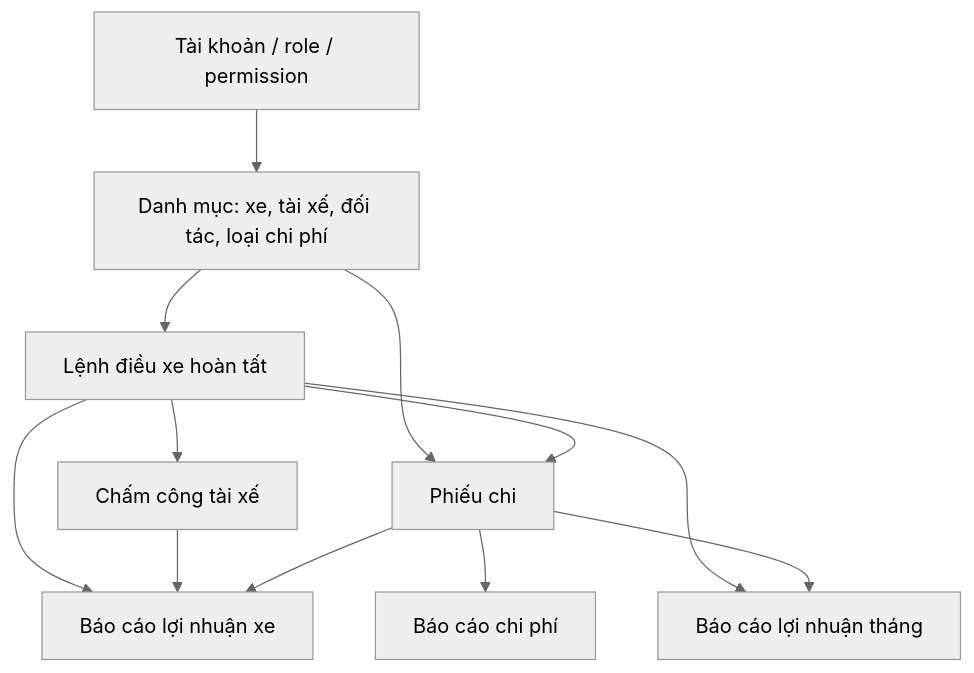
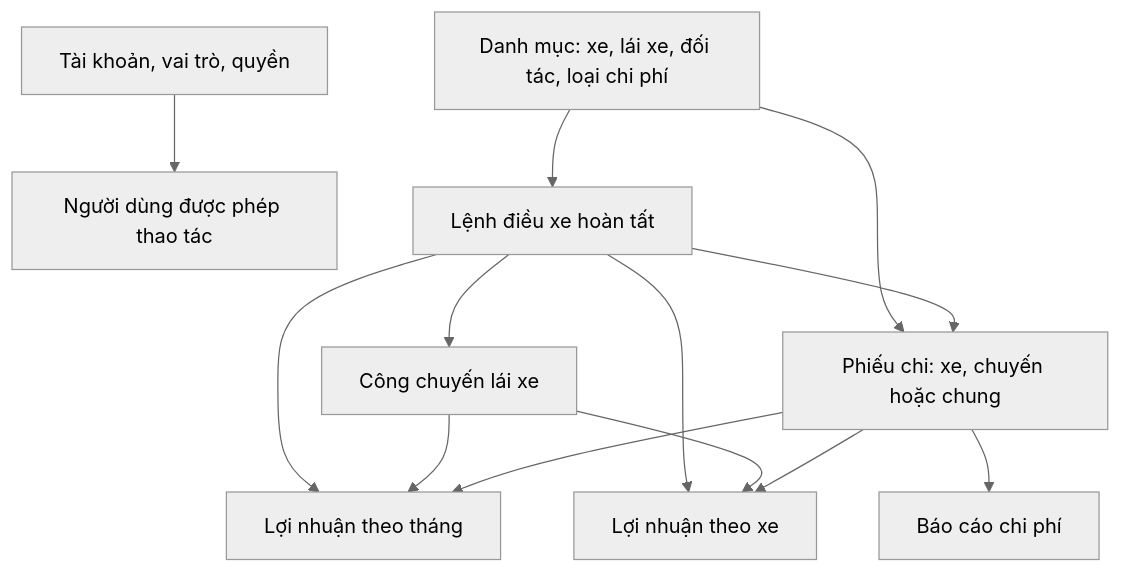
The first of 8 diagrams in docs/training/nguyen-nhat-quang-so-tay-tu-hoc.md (hieu92264/HALINHTRAVEL-API), drawn with Mermaid (neutral theme) before and after one commit. The commit also changed other lines of this file and 2 other files, not shown here.

````diff
--- a/docs/training/nguyen-nhat-quang-so-tay-tu-hoc.md
+++ b/docs/training/nguyen-nhat-quang-so-tay-tu-hoc.md
@@ -222,14 +28,15 @@
 ```mermaid
 flowchart TD
-    A[Tài khoản / role / permission] --> B[Danh mục: xe, tài xế, đối tác, loại chi phí]
-    B --> C[Lệnh điều xe hoàn tất]
-    C --> D[Chấm công tài xế]
-    B --> E[Phiếu chi]
-    C --> E
-    E --> F[Báo cáo chi phí]
-    C --> G[Báo cáo lợi nhuận xe]
-    D --> G
-    E --> G
-    C --> H[Báo cáo lợi nhuận tháng]
+    A[Tài khoản, vai trò, quyền] --> B[Người dùng được phép thao tác]
+    C[Danh mục: xe, lái xe, đối tác, loại chi phí] --> D[Lệnh điều xe hoàn tất]
+    D --> E[Công chuyến lái xe]
+    C --> F[Phiếu chi: xe, chuyến hoặc chung]
+    D --> F
+    F --> G[Báo cáo chi phí]
+    D --> H[Lợi nhuận theo tháng]
     E --> H
+    F --> H
+    D --> I[Lợi nhuận theo xe]
+    E --> I
+    F --> I
 ```
````
